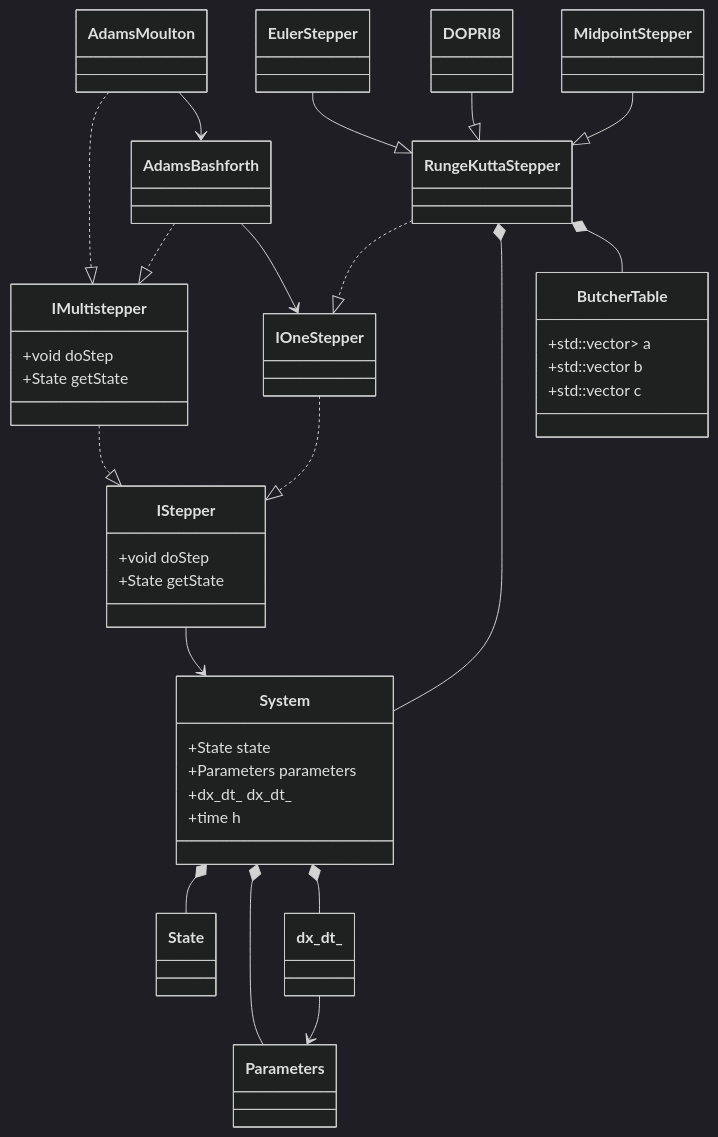
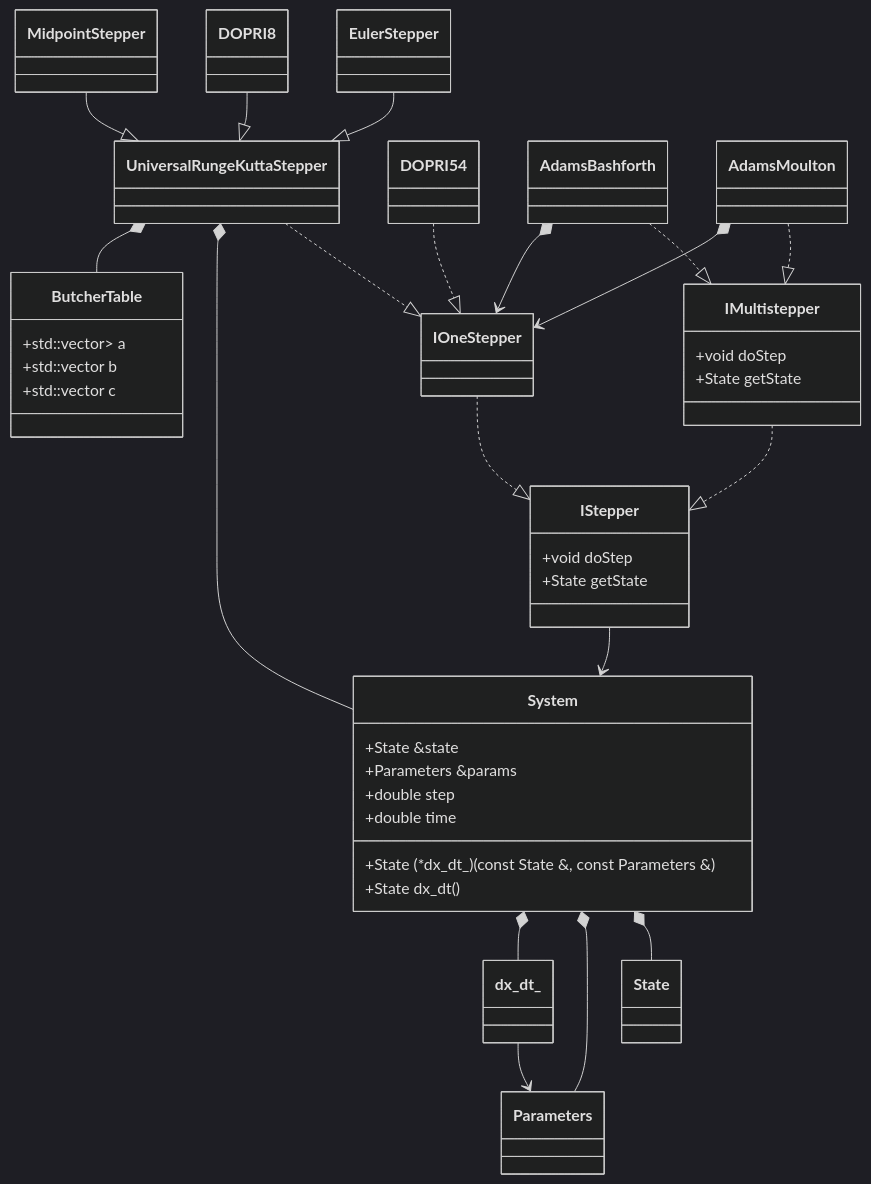
Before and after one commit to TeUm3048/rikitake_vychmat: the diagram in methods.md, drawn with Mermaid (dark theme). The commit also changed 9 other files, not shown here.

````diff
--- a/methods.md
+++ b/methods.md
@@ -1,57 +1,64 @@
 ```mermaid
 classDiagram
     class State
     class Parameters
     class dx_dt_
 
     dx_dt_ --> Parameters
 
-    class System {
-        +State state
-        +Parameters parameters
-        +dx_dt_ dx_dt_
-        +time h
+ 
+    class System{
+        +State &amp;state
+        +Parameters &amp;params
+        +double step
+        +double time
+        +State (*dx_dt_)(const State &, const Parameters &)
+        +State dx_dt()
     }
 
     System *-- State
     System *-- Parameters
     System *-- dx_dt_
 
     class IStepper{
         +void doStep
         +State getState
     }
 
     IStepper --> System
 
-    RungeKuttaStepper ..|> IOneStepper
-    RungeKuttaStepper *-- System
-    RungeKuttaStepper *-- ButcherTable
+    UniversalRungeKuttaStepper ..|> IOneStepper
+    UniversalRungeKuttaStepper *-- System
+    UniversalRungeKuttaStepper *-- ButcherTable
 
     class ButcherTable{
         +std::vector<std::vector<double>> a
         +std::vector<double> b
         +std::vector<double> c
     }
 
-    EulerStepper --|> RungeKuttaStepper
-    DOPRI8 --|> RungeKuttaStepper
-    MidpointStepper --|> RungeKuttaStepper
+    EulerStepper --|> UniversalRungeKuttaStepper
+    DOPRI8 --|> UniversalRungeKuttaStepper
+    MidpointStepper --|> UniversalRungeKuttaStepper
 
     class IMultistepper{
         +void doStep
         +State getState
     }
 
+    class DOPRI54
+
     IMultistepper ..|> IStepper
 
     AdamsBashforth ..|> IMultistepper
 
     AdamsMoulton ..|> IMultistepper
-    AdamsMoulton --> AdamsBashforth
+    AdamsMoulton *--> IOneStepper
 
-    AdamsBashforth --> IOneStepper
+    AdamsBashforth *--> IOneStepper
     IOneStepper ..|> IStepper
+
+    DOPRI54 ..|> IOneStepper
 
 
 ```
````
